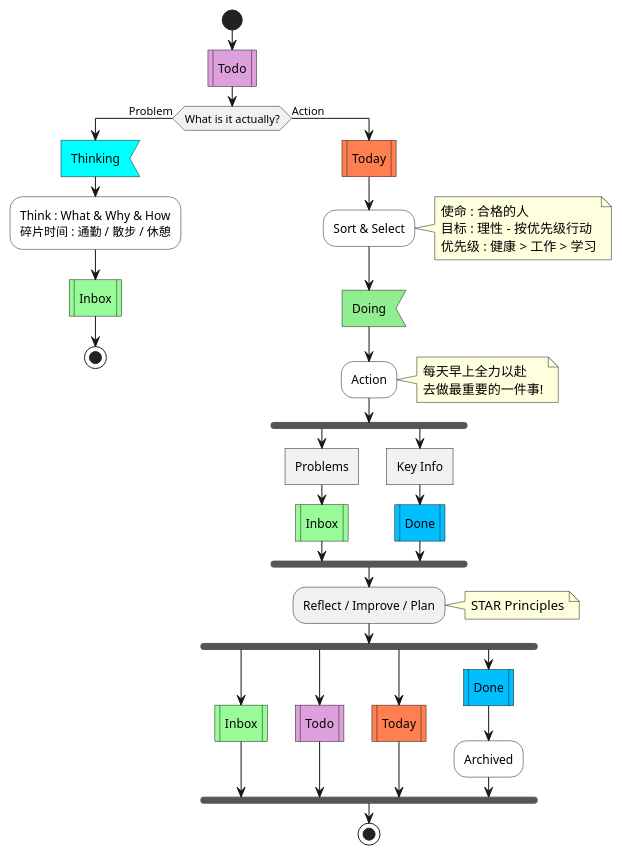
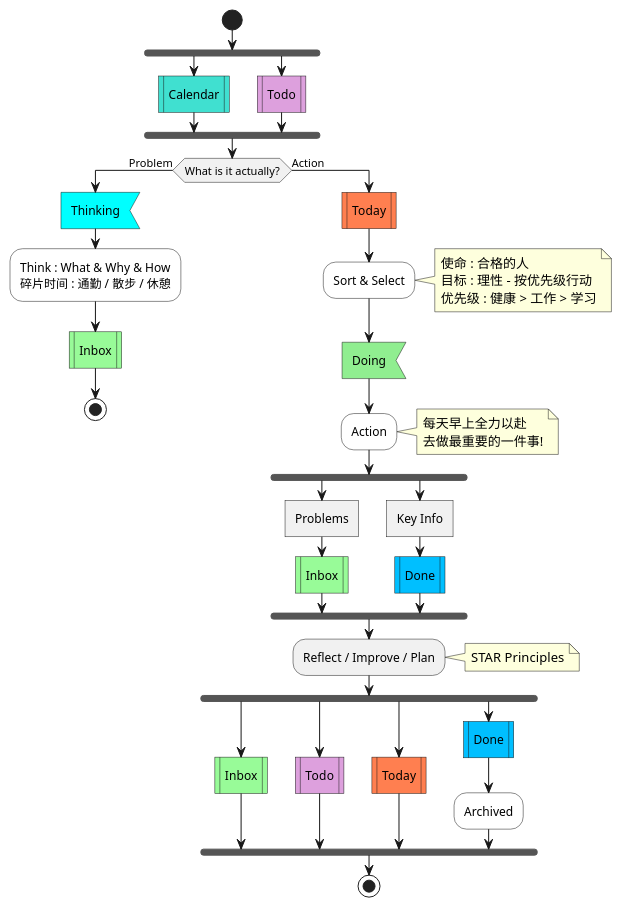
One commit to IceHe/icehe-lib changed the seventh of 9 diagrams in snips/principles/gtd.md. Above: the diagram before and after it, drawn with PlantUML. The commit also changed other lines of this file, not shown here.

````diff
--- a/snips/principles/gtd.md
+++ b/snips/principles/gtd.md
@@ -197,40 +240,44 @@
-```puml
+```plantuml
 @startuml
 start
-#plum:Todo|
+fork
+    #turquoise:Calendar|
+fork again
+    #plum:Todo|
+end fork
 if (What is it actually?) then (Problem)
     #aqua:Thinking<
     #white:Think : What & Why & How\n碎片时间 : 通勤 / 散步 / 休憩;
     'note right : What & Why & How
     #paleGreen:Inbox|
     stop
 else (Action)
     #coral:Today|
     #white:Sort & Select;
     note right : 使命 : 合格的人 \n目标 : 理性 - 按优先级行动 \n优先级 : 健康 > 工作 > 学习
     #lightGreen:Doing<
     #white:Action;
     note right : 每天早上全力以赴\n去做最重要的一件事!
     fork
         :Problems]
         #paleGreen:Inbox|
     fork again
         :Key Info]
         #deepSkyBlue:Done|
     end fork
     :Reflect / Improve / Plan;
     note right : STAR Principles
     fork
         #paleGreen:Inbox|
     fork again
         #plum:Todo|
     fork again
         #coral:Today|
     fork again
         #deepSkyBlue:Done|
         #white:Archived;
     end fork
     stop
 endif
 @enduml
 ```
````
